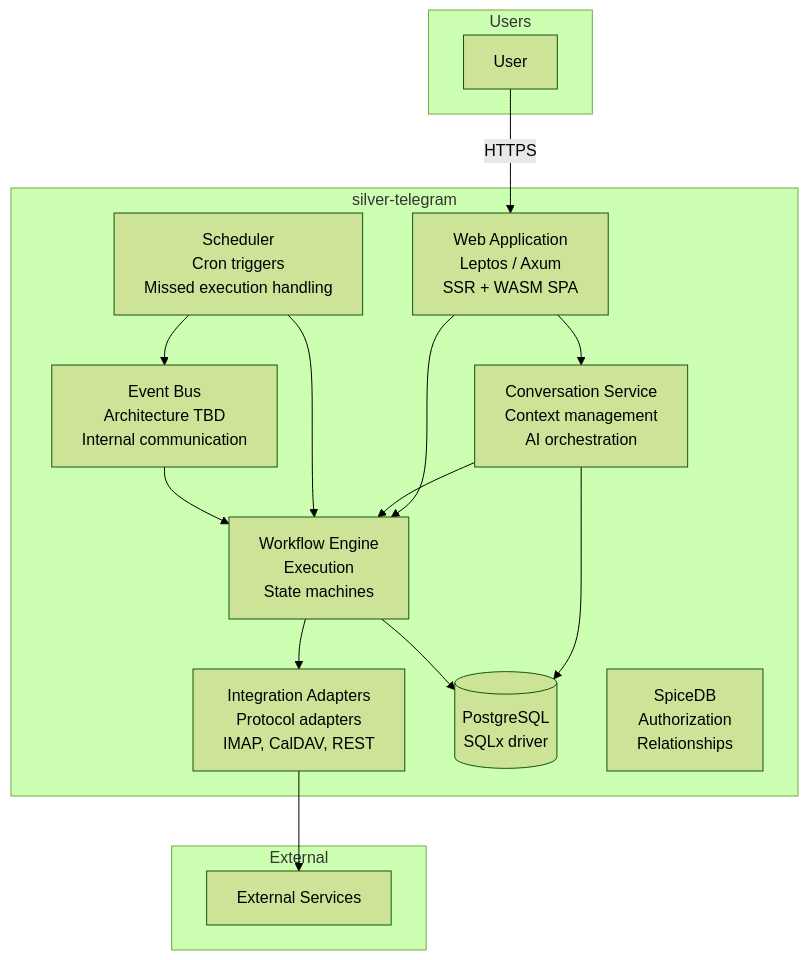
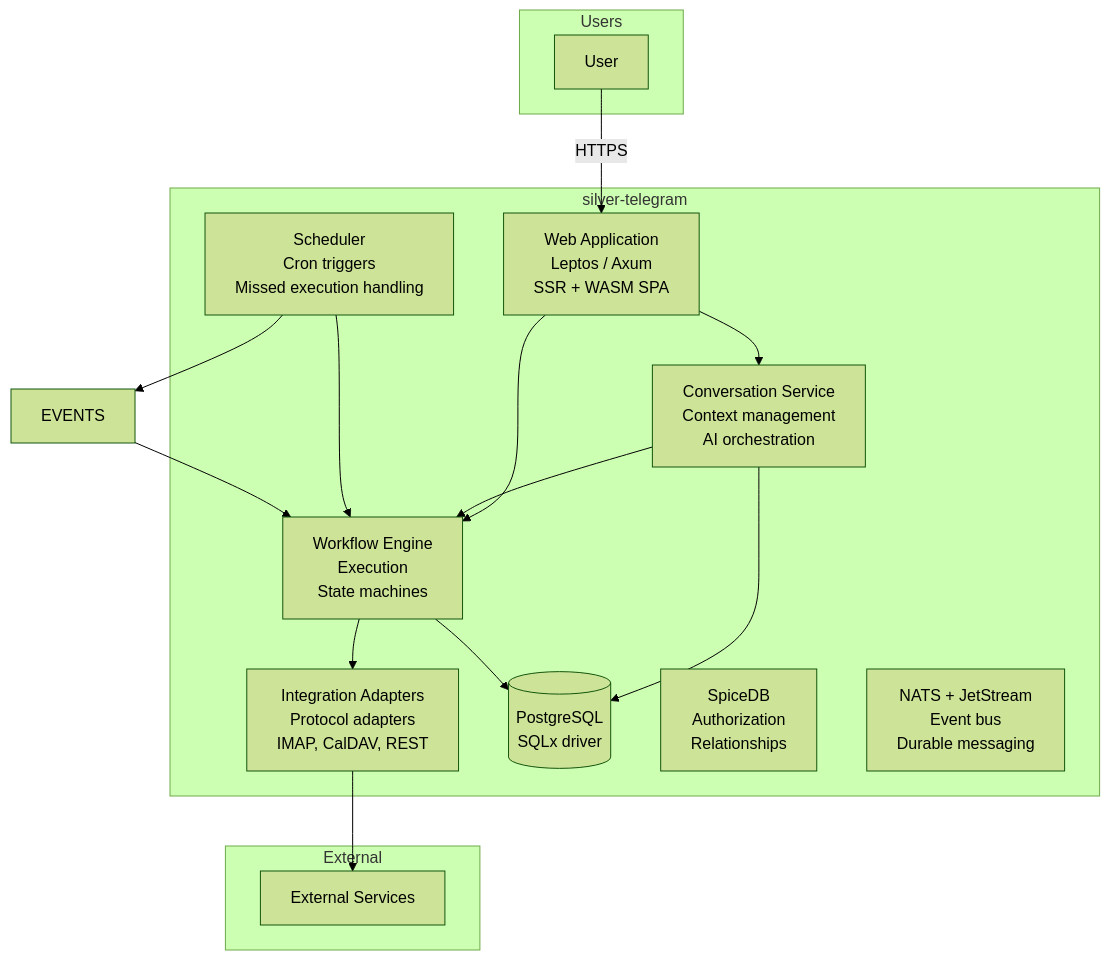
Before and after one commit to Technosorcery/silver-telegram: the second of 7 diagrams in docs/architecture/ARCHITECTURE.md, drawn with Mermaid (forest theme). The commit also changed other lines of this file and 1 other file, not shown here.

First line of the commit message:
ADR-004: NATS + JetStream for event bus

````diff
--- a/docs/architecture/ARCHITECTURE.md
+++ b/docs/architecture/ARCHITECTURE.md
@@ -112,40 +112,40 @@
 ```mermaid
 flowchart TB
     subgraph Users
         U[User]
     end
 
     subgraph silver-telegram
         WEB[Web Application<br/>Leptos / Axum<br/>SSR + WASM SPA]
 
         CONV[Conversation Service<br/>Context management<br/>AI orchestration]
 
         WF[Workflow Engine<br/>Execution<br/>State machines]
 
         INT[Integration Adapters<br/>Protocol adapters<br/>IMAP, CalDAV, REST]
 
         SCHED[Scheduler<br/>Cron triggers<br/>Missed execution handling]
 
         DB[(PostgreSQL<br/>SQLx driver)]
 
         SPICE[SpiceDB<br/>Authorization<br/>Relationships]
 
-        EVENTS[Event Bus<br/>Architecture TBD<br/>Internal communication]
+        NATS[NATS + JetStream<br/>Event bus<br/>Durable messaging]
     end
 
     subgraph External
         EXT[External Services]
     end
 
     U -->|HTTPS| WEB
     WEB --> CONV
     WEB --> WF
     CONV --> WF
     CONV --> DB
     WF --> INT
     WF --> DB
     SCHED --> WF
     SCHED --> EVENTS
     EVENTS --> WF
     INT --> EXT
 ```
````
